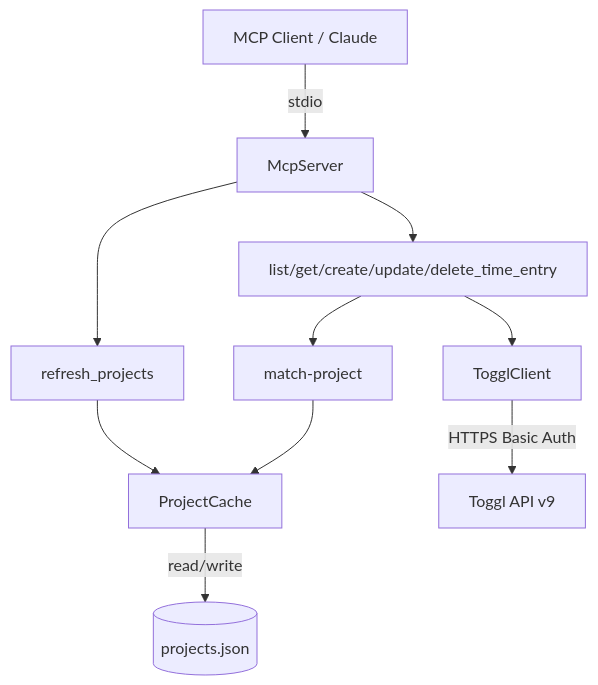
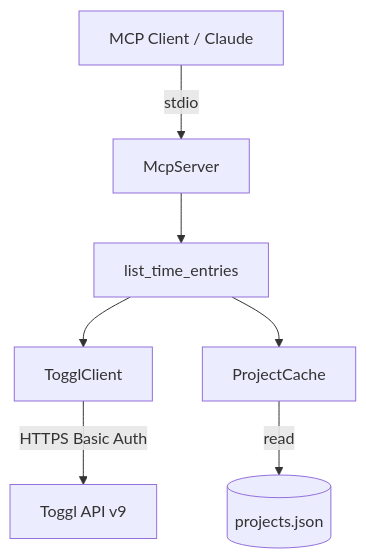
The diagram in .specs/features/TOGGL-2-time-entries-mcp/design.md (flaviosv/toggl-integration), drawn with Mermaid before and after one commit. The commit also changed other lines of this file, not shown here.

Commit message:
docs(spec): redraw design.md architecture diagram for reduced scope
- Update Architecture Overview section to reflect current single-tool, read-only shape
- Redraw Mermaid diagram showing only list_time_entries tool
- Remove nodes for create/update/delete/get_time_entry, refresh_projects, and match-project matching engine
- Update collaborator description from three to two (TogglClient + ProjectCache)
- Change projects.json access from read/write to read-only
- Align diagram with revision note's stated scope reduction

````diff
--- a/.specs/features/TOGGL-2-time-entries-mcp/design.md
+++ b/.specs/features/TOGGL-2-time-entries-mcp/design.md
@@ -18,12 +18,9 @@
 ```mermaid
 graph TD
     A[MCP Client / Claude] -- stdio --> B[McpServer]
-    B --> T1[list/get/create/update/delete_time_entry]
-    B --> T2[refresh_projects]
-    T1 --> M[match-project]
+    B --> T1[list_time_entries]
     T1 --> C[TogglClient]
-    T2 --> P[ProjectCache]
-    M --> P
-    P -- read/write --> F[(projects.json)]
+    T1 --> P[ProjectCache]
+    P -- read --> F[(projects.json)]
     C -- HTTPS Basic Auth --> G[Toggl API v9]
 ```
````
